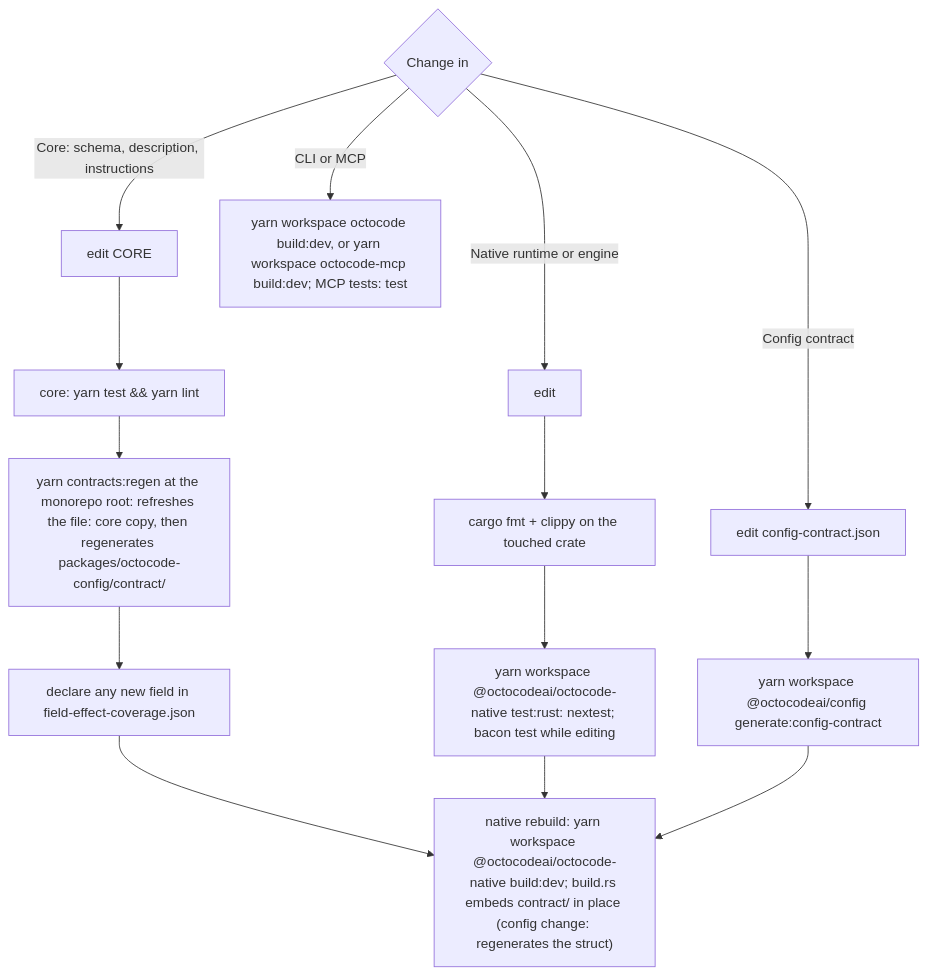
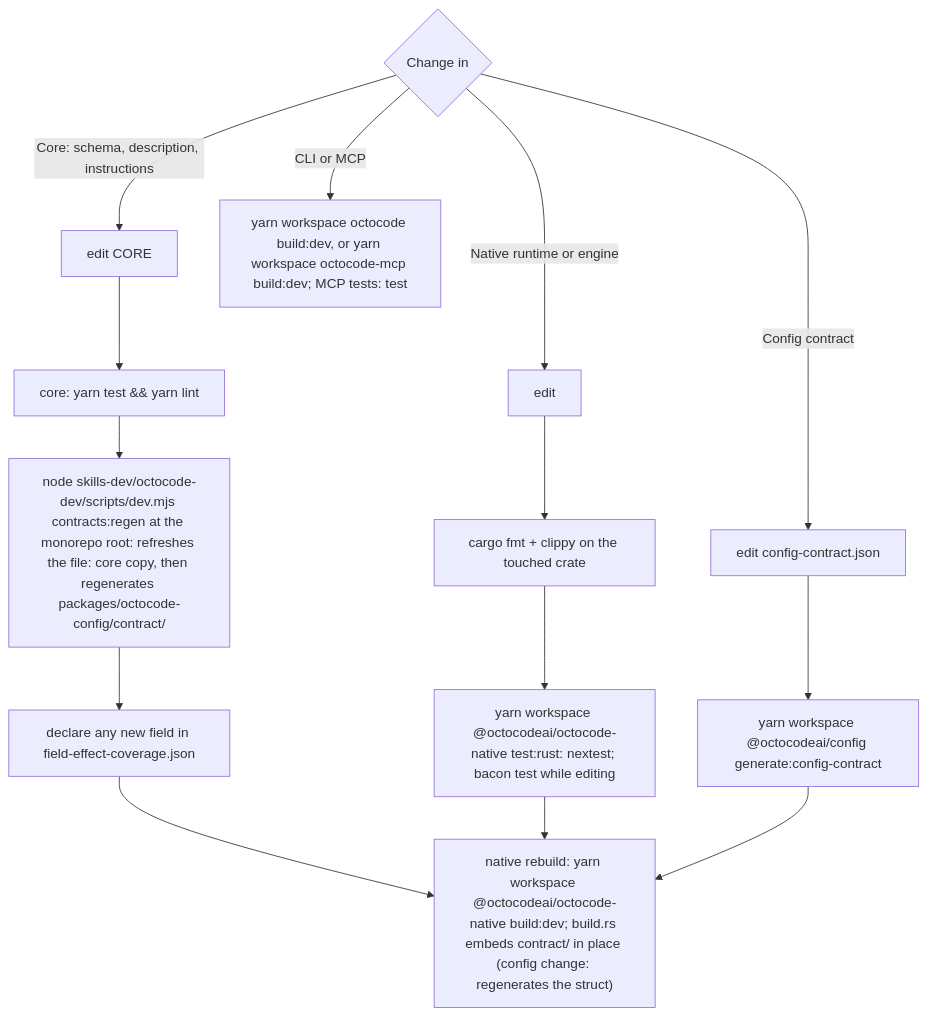
Before and after one commit to bgauryy/octocode: the diagram in skills-dev/octocode-dev/references/fix-and-verify.md, drawn with Mermaid. The commit also changed 1641 other files, not shown here.

````diff
--- a/skills-dev/octocode-dev/references/fix-and-verify.md
+++ b/skills-dev/octocode-dev/references/fix-and-verify.md
@@ -12,16 +12,16 @@
 ```mermaid
 flowchart TD
   K{Change in} -- Core: schema, description, instructions --> C1["edit CORE"]
   C1 --> C2["core: yarn test && yarn lint"]
-  C2 --> C3["yarn contracts:regen at the monorepo root: refreshes the file: core copy, then regenerates packages/octocode-config/contract/"]
+  C2 --> C3["node skills-dev/octocode-dev/scripts/dev.mjs contracts:regen at the monorepo root: refreshes the file: core copy, then regenerates packages/octocode-config/contract/"]
   C3 --> C4["declare any new field in field-effect-coverage.json"]
   C4 --> NB
   K -- Native runtime or engine --> N1["edit"]
   N1 --> N2["cargo fmt + clippy on the touched crate"]
   N2 --> N3["yarn workspace @octocodeai/octocode-native test:rust: nextest; bacon test while editing"]
   N3 --> NB
   K -- Config contract --> G1["edit config-contract.json"]
   G1 --> G2["yarn workspace @octocodeai/config generate:config-contract"]
   G2 --> NB["native rebuild: yarn workspace @octocodeai/octocode-native build:dev; build.rs embeds contract/ in place (config change: regenerates the struct)"]
   K -- CLI or MCP --> I1["yarn workspace octocode build:dev, or yarn workspace octocode-mcp build:dev; MCP tests: test"]
 ```
````
